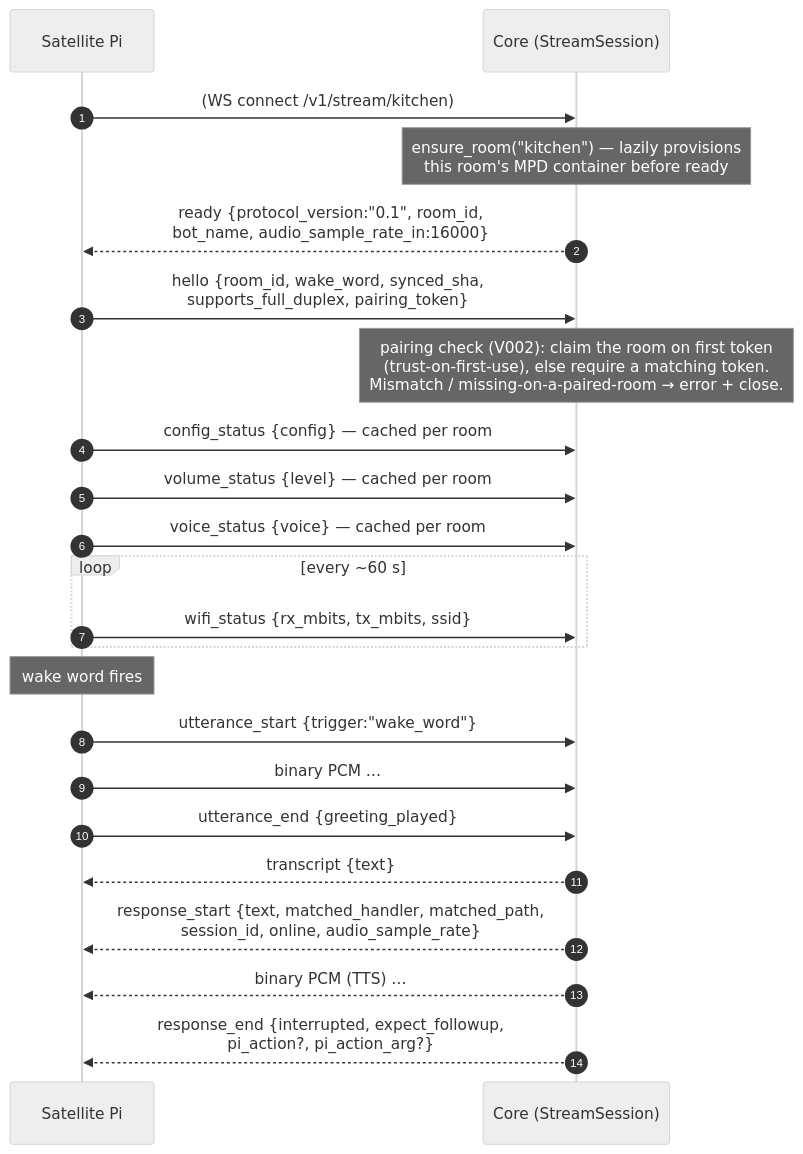
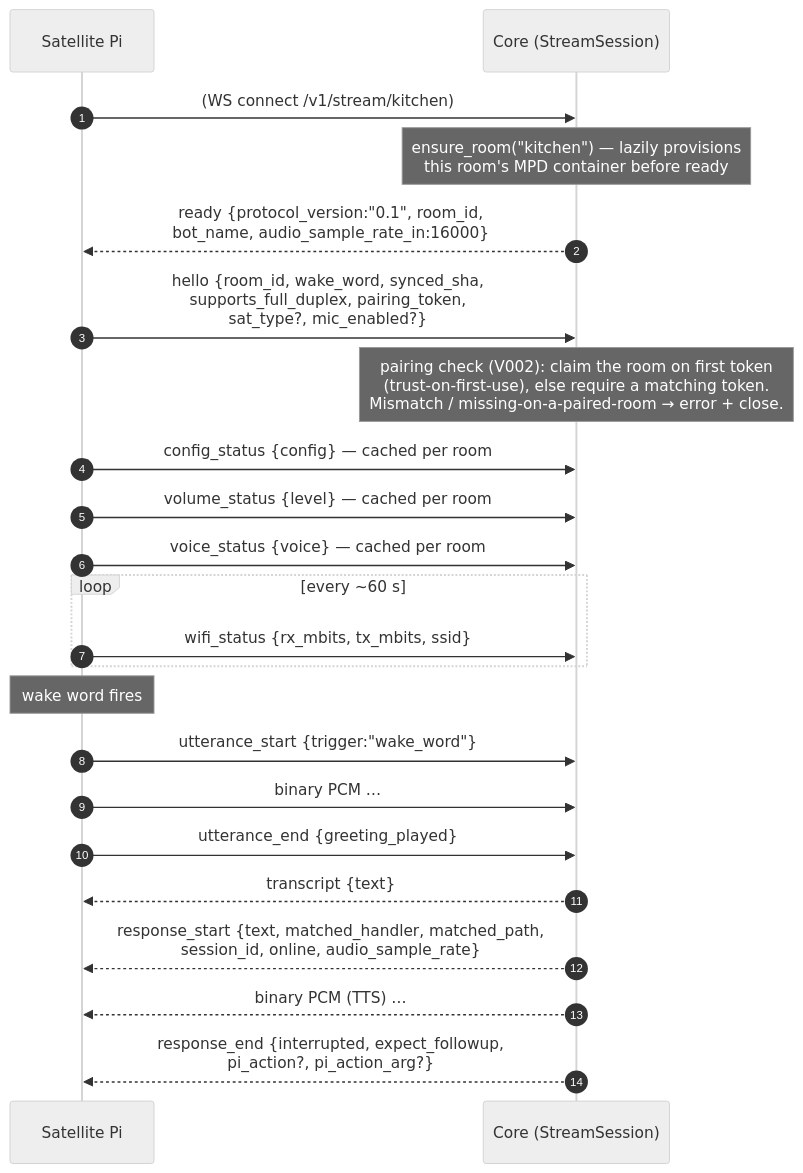
One commit to coders-farm-official/domovoi changed the first of 2 diagrams in docs/uml/satellite-protocol.md. Above: the diagram before and after it, drawn with Mermaid (neutral theme). The commit also changed other lines of this file and 70 other files, not shown here.

````diff
--- a/docs/uml/satellite-protocol.md
+++ b/docs/uml/satellite-protocol.md
@@ -19,28 +19,28 @@
 ```mermaid
 sequenceDiagram
     autonumber
     participant Pi as Satellite Pi
     participant S as Core (StreamSession)
 
     Pi->>S: (WS connect /v1/stream/kitchen)
     Note over S: ensure_room("kitchen") — lazily provisions<br/>this room's MPD container before ready
     S-->>Pi: ready {protocol_version:"0.1", room_id,<br/>bot_name, audio_sample_rate_in:16000}
-    Pi->>S: hello {room_id, wake_word, synced_sha,<br/>supports_full_duplex, pairing_token}
+    Pi->>S: hello {room_id, wake_word, synced_sha,<br/>supports_full_duplex, pairing_token,<br/>sat_type?, mic_enabled?}
     Note over S: pairing check (V002): claim the room on first token<br/>(trust-on-first-use), else require a matching token.<br/>Mismatch / missing-on-a-paired-room → error + close.
     Pi->>S: config_status {config}          — cached per room
     Pi->>S: volume_status {level}           — cached per room
     Pi->>S: voice_status {voice}            — cached per room
 
     loop every ~60 s
         Pi->>S: wifi_status {rx_mbits, tx_mbits, ssid}
     end
 
     Note over Pi: wake word fires
     Pi->>S: utterance_start {trigger:"wake_word"}
     Pi->>S: binary PCM …
     Pi->>S: utterance_end {greeting_played}
     S-->>Pi: transcript {text}
     S-->>Pi: response_start {text, matched_handler, matched_path,<br/>session_id, online, audio_sample_rate}
     S-->>Pi: binary PCM (TTS) …
     S-->>Pi: response_end {interrupted, expect_followup,<br/>pi_action?, pi_action_arg?}
 ```
````
